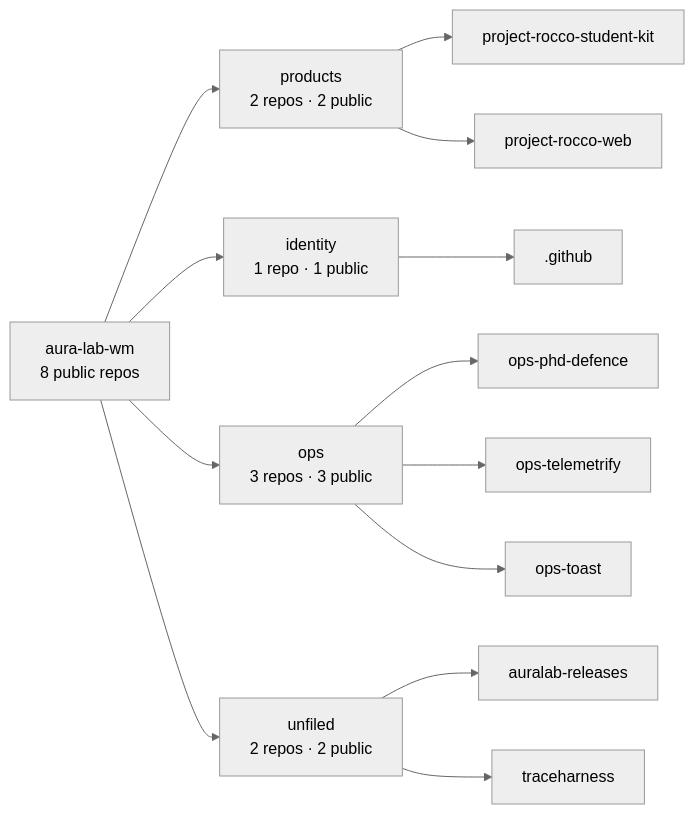
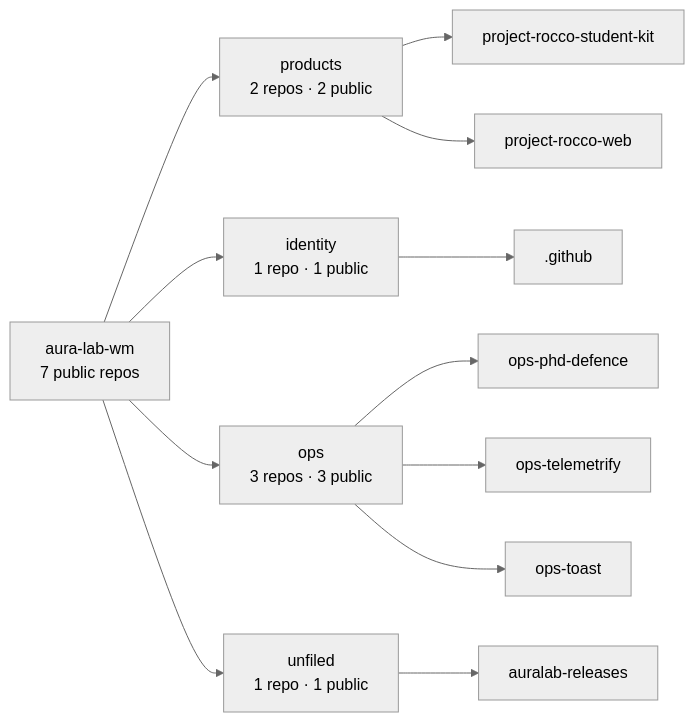
Before and after one commit to aura-lab-wm/.github: the diagram in profile/README.md, drawn with Mermaid (neutral theme). The commit also changed other lines of this file, not shown here.

Commit message:
Repository map: refresh from the live org [skip ci]

````diff
--- a/profile/README.md
+++ b/profile/README.md
@@ -92,16 +92,15 @@
 ```mermaid
 flowchart LR
-  ORG["aura-lab-wm<br/>8 public repos"]
+  ORG["aura-lab-wm<br/>7 public repos"]
   ORG --> PRODUCTS["products<br/>2 repos · 2 public"]
   PRODUCTS --> PRODUCTS_0["project-rocco-student-kit"]
   PRODUCTS --> PRODUCTS_1["project-rocco-web"]
   ORG --> IDENTITY["identity<br/>1 repo · 1 public"]
   IDENTITY --> IDENTITY_0[".github"]
   ORG --> OPS["ops<br/>3 repos · 3 public"]
   OPS --> OPS_0["ops-phd-defence"]
   OPS --> OPS_1["ops-telemetrify"]
   OPS --> OPS_2["ops-toast"]
-  ORG --> UNFILED["unfiled<br/>2 repos · 2 public"]
+  ORG --> UNFILED["unfiled<br/>1 repo · 1 public"]
   UNFILED --> UNFILED_0["auralab-releases"]
-  UNFILED --> UNFILED_1["traceharness"]
 ```
````
